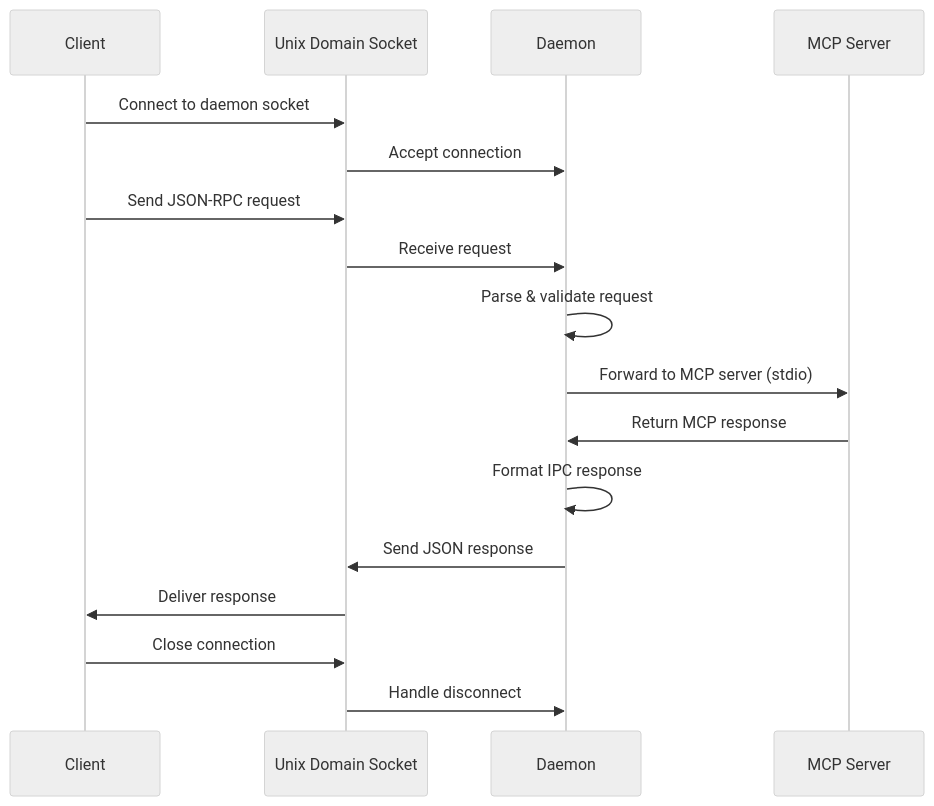
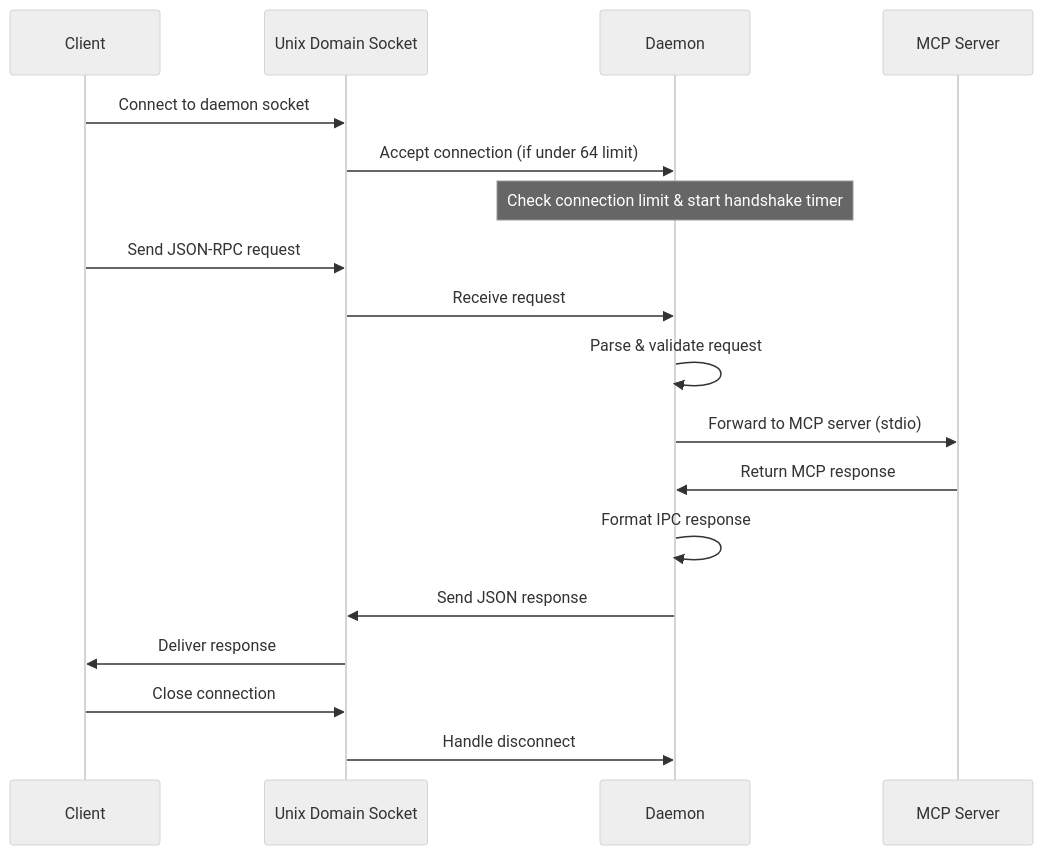
Before and after one commit to cameroncooke/mcpli: the fifth of 23 diagrams in docs/process_architecture.md, drawn with Mermaid (neutral theme). The commit also changed other lines of this file, not shown here.

First line of the commit message:
docs: Update process architecture documentation with IPC security features

````diff
--- a/docs/process_architecture.md
+++ b/docs/process_architecture.md
@@ -195,24 +195,25 @@
 ```mermaid
 sequenceDiagram
     participant Client
     participant Socket as Unix Domain Socket
     participant Daemon
     participant MCP as MCP Server
 
     Client->>Socket: Connect to daemon socket
-    Socket->>Daemon: Accept connection
+    Socket->>Daemon: Accept connection (if under 64 limit)
+    Note over Daemon: Check connection limit & start handshake timer
 
     Client->>Socket: Send JSON-RPC request
     Socket->>Daemon: Receive request
 
     Daemon->>Daemon: Parse & validate request
     Daemon->>MCP: Forward to MCP server (stdio)
     MCP->>Daemon: Return MCP response
 
     Daemon->>Daemon: Format IPC response
     Daemon->>Socket: Send JSON response
     Socket->>Client: Deliver response
 
     Client->>Socket: Close connection
     Socket->>Daemon: Handle disconnect
 ```
````
